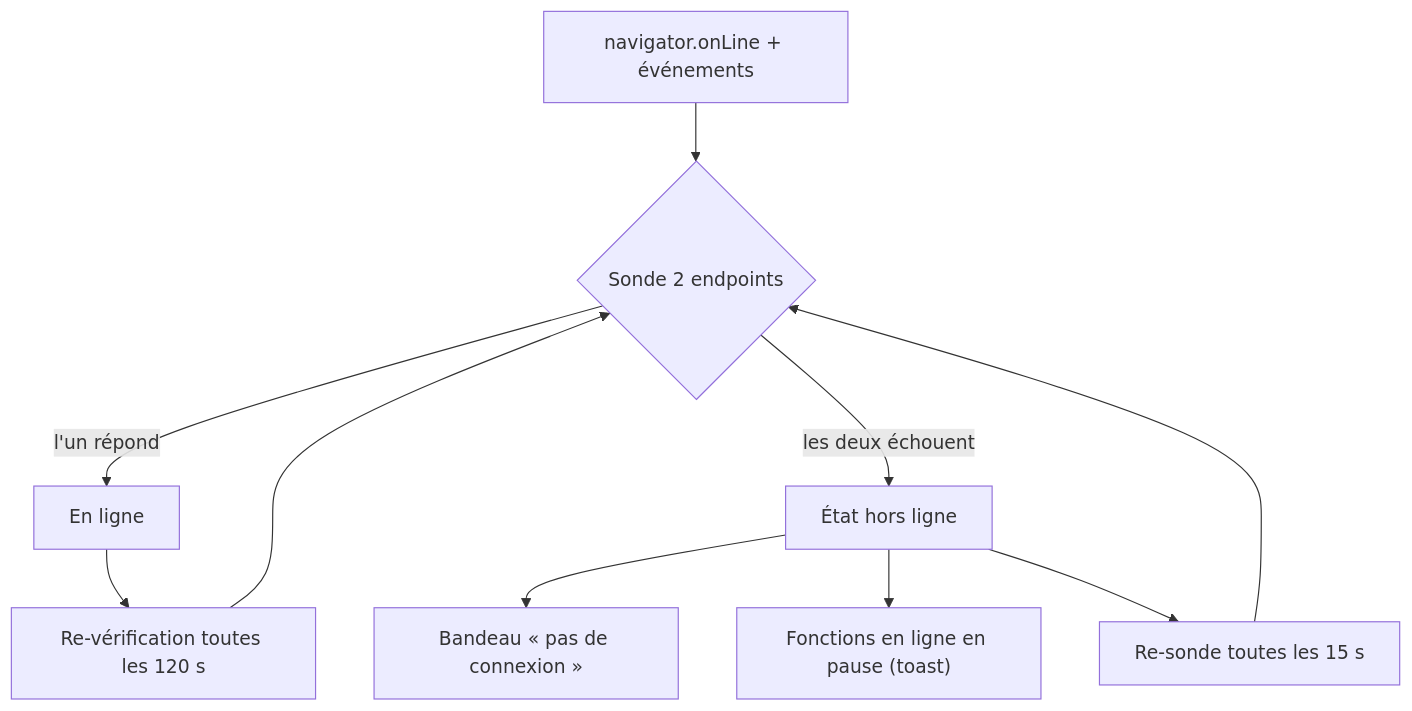
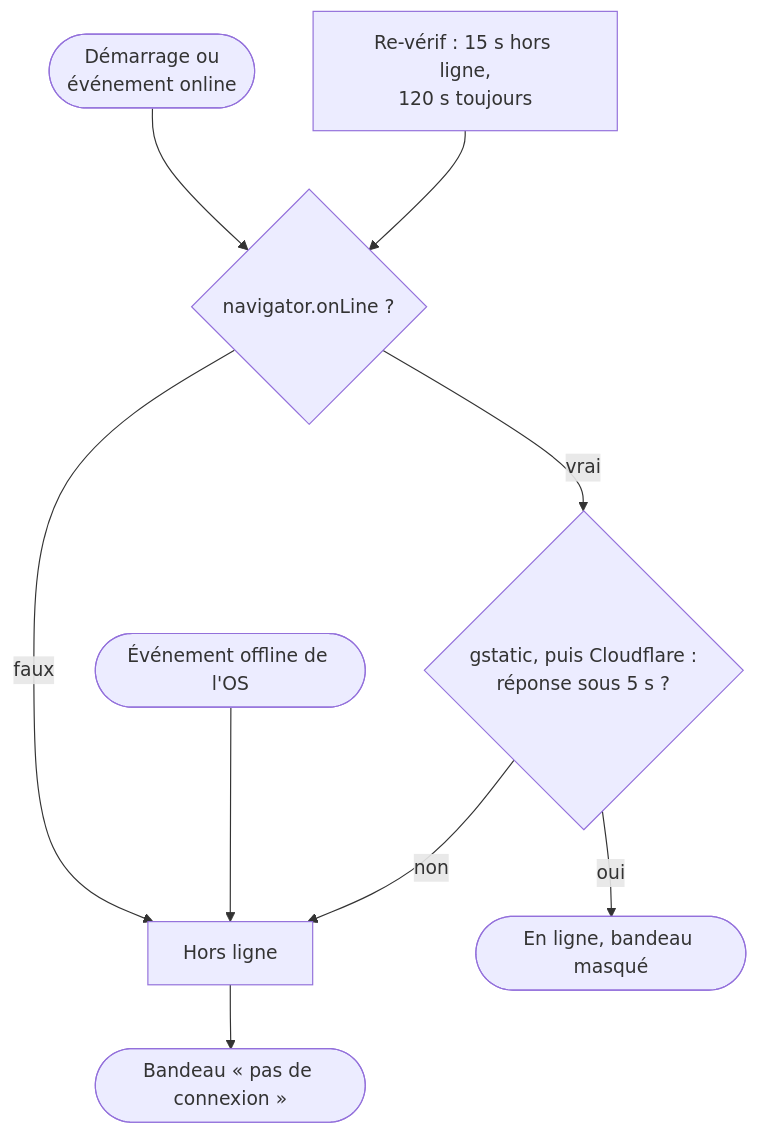
The third of 3 diagrams in frontend/assets/docs/fr/features/privacy-telemetry.md (FreeProject089/BetterModsManager), drawn with Mermaid before and after one commit. The commit also changed other lines of this file and 176 other files, not shown here.

````diff
--- a/frontend/assets/docs/fr/features/privacy-telemetry.md
+++ b/frontend/assets/docs/fr/features/privacy-telemetry.md
@@ -180,13 +182,11 @@
 ```mermaid
-graph TD
-    NAVIGATOR["navigator.onLine + événements"] --> PROBE{Sonde 2 endpoints}
-    PROBE -- "l'un répond" --> ONLINE["En ligne"]
-    PROBE -- "les deux échouent" --> OFFLINE["État hors ligne"]
-
-    OFFLINE --> BANNER["Bandeau « pas de connexion »"]
-    OFFLINE --> GATES["Fonctions en ligne en pause (toast)"]
-    OFFLINE --> FAST["Re-sonde toutes les 15 s"]
-    FAST --> PROBE
-    ONLINE --> SLOW["Re-vérification toutes les 120 s"]
-    SLOW --> PROBE
+flowchart TD
+    START(["Démarrage ou<br/>événement online"]) --> NAV{"navigator.onLine ?"}
+    TIMER["Re-vérif : 15 s hors ligne,<br/>120 s toujours"] --> NAV
+    NAV -- "vrai" --> PROBE{"gstatic, puis Cloudflare :<br/>réponse sous 5 s ?"}
+    NAV -- "faux" --> OFF["Hors ligne"]
+    OSOFF(["Événement offline de l'OS"]) --> OFF
+    PROBE -- "oui" --> ON(["En ligne, bandeau masqué"])
+    PROBE -- "non" --> OFF
+    OFF --> BANNER(["Bandeau « pas de connexion »"])
 ```
````
